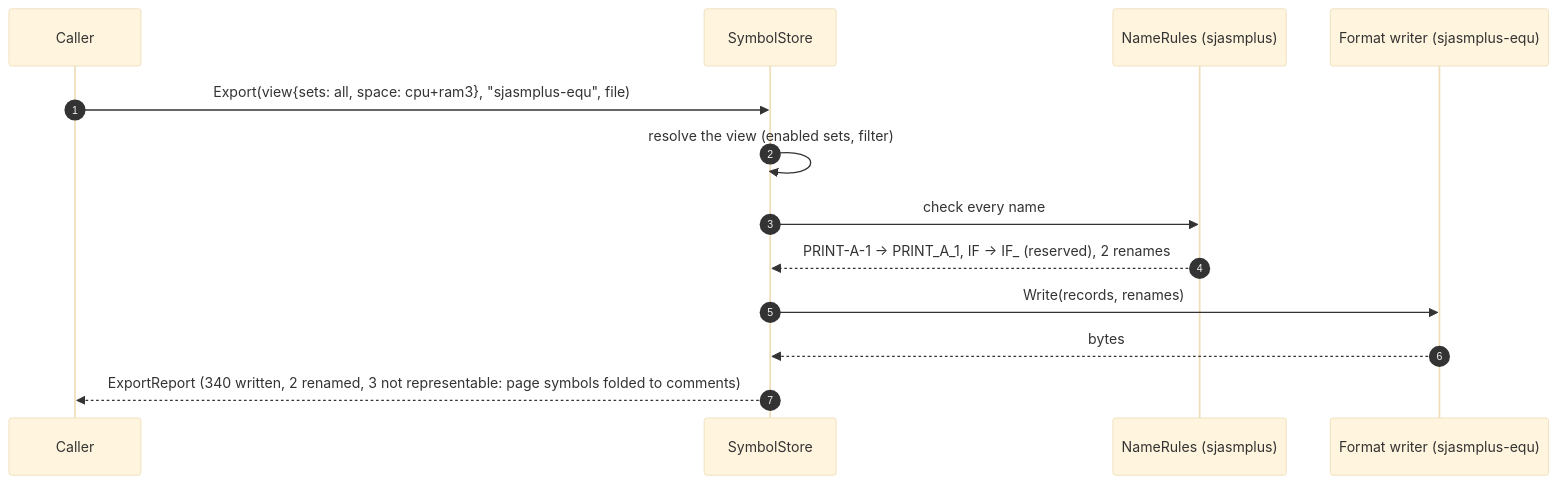
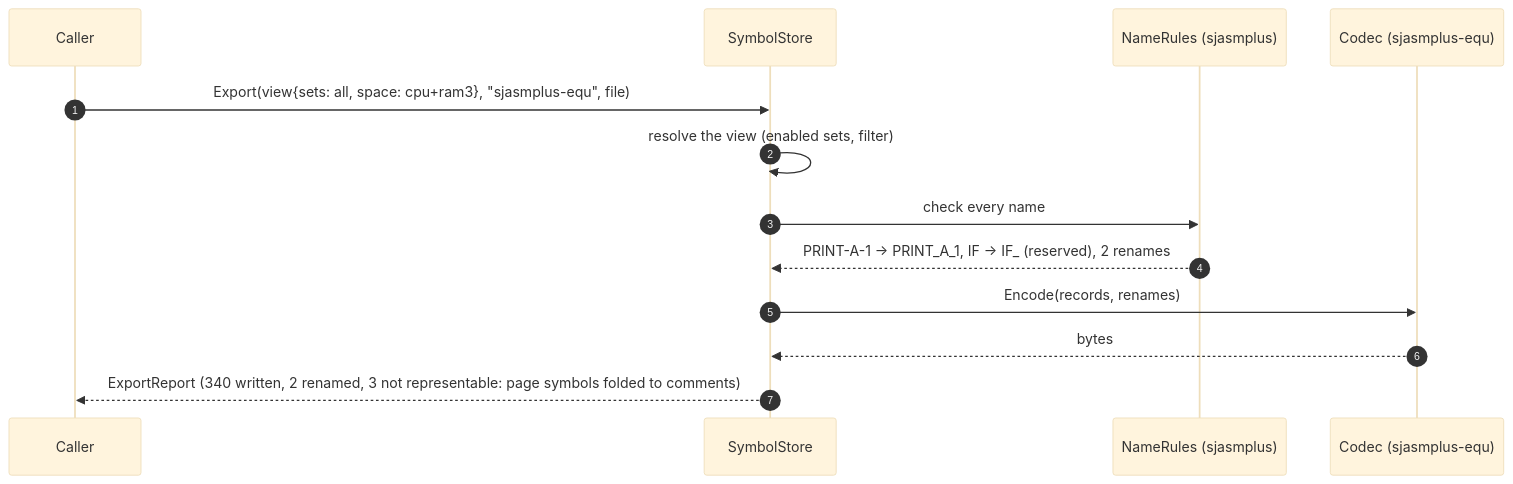
Before and after one commit to alfishe/unreal-ng: the sixth of 11 diagrams in docs/inprogress/2026-10-05-symbol-exchange/architecture.md, drawn with Mermaid (base theme). The commit also changed other lines of this file and 8 other files, not shown here.

First line of the commit message:
docs(symbols): prior-art survey and comparison; one codec per format, decode and encode

````diff
--- a/docs/inprogress/2026-10-05-symbol-exchange/architecture.md
+++ b/docs/inprogress/2026-10-05-symbol-exchange/architecture.md
@@ -255,15 +255,15 @@
 ```mermaid
 sequenceDiagram
     autonumber
     participant C as Caller
     participant ST as SymbolStore
     participant NR as NameRules (sjasmplus)
-    participant FMT as Format writer (sjasmplus-equ)
+    participant FMT as Codec (sjasmplus-equ)
     C->>ST: Export(view{sets: all, space: cpu+ram3}, "sjasmplus-equ", file)
     ST->>ST: resolve the view (enabled sets, filter)
     ST->>NR: check every name
     NR-->>ST: PRINT-A-1 → PRINT_A_1, IF → IF_ (reserved), 2 renames
-    ST->>FMT: Write(records, renames)
+    ST->>FMT: Encode(records, renames)
     FMT-->>ST: bytes
     ST-->>C: ExportReport (340 written, 2 renamed, 3 not representable: page symbols folded to comments)
 ```
````
